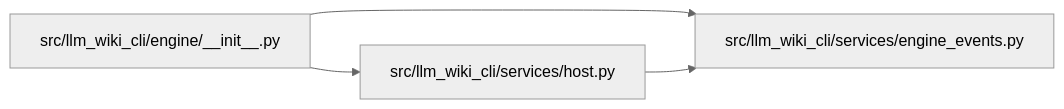
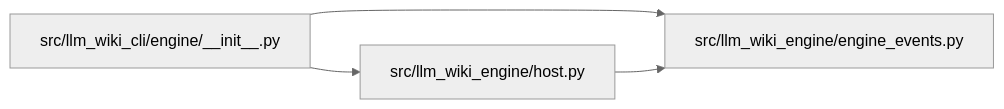
The diagram in docs/llm_wiki/modules/engine_events.md (Denissvgn/python-wiki-llm), drawn with Mermaid (neutral theme) before and after one commit. The commit also changed other lines of this file and 1103 other files, not shown here.

First line of the commit message:
docs: refresh the wiki for the llm-wiki-engine distribution

````diff
--- a/docs/llm_wiki/modules/engine_events.md
+++ b/docs/llm_wiki/modules/engine_events.md
@@ -54,12 +54,12 @@
 ```mermaid
 flowchart LR
     n0["src/llm_wiki_cli/engine/__init__.py"]
-    n1["src/llm_wiki_cli/services/engine_events.py"]
-    n2["src/llm_wiki_cli/services/host.py"]
+    n1["src/llm_wiki_engine/engine_events.py"]
+    n2["src/llm_wiki_engine/host.py"]
     n0 --> n1
     n0 --> n2
     n2 --> n1
     click n0 "../modules/engine___init__.md"
     click n1 "../modules/engine_events.md"
     click n2 "../modules/host.md"
 ```
````
